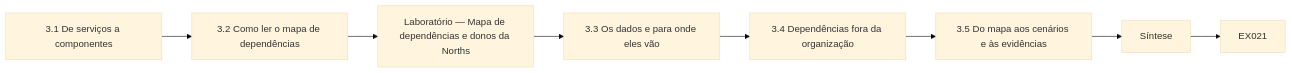
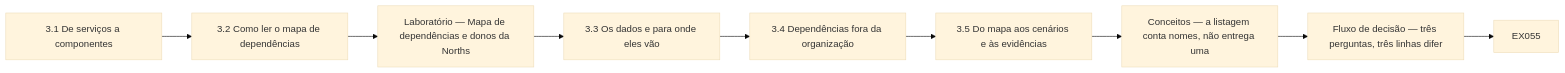
The eighth of 12 diagrams in levels/rapid-1-month/security-governance-risk-compliance/pt/book/MANUSCRIPT.md (hiagokinlevi/CyKin), drawn with Mermaid (base theme) before and after one commit. The commit also changed other lines of this file and 1 other file, not shown here.

````diff
--- a/levels/rapid-1-month/security-governance-risk-compliance/pt/book/MANUSCRIPT.md
+++ b/levels/rapid-1-month/security-governance-risk-compliance/pt/book/MANUSCRIPT.md
@@ -375,11 +476,12 @@
 ```mermaid
 flowchart LR
   N0["3.1 De serviços a componentes"]
   N1["3.2 Como ler o mapa de dependências"]
   N2["Laboratório — Mapa de dependências e donos da Norths"]
   N3["3.3 Os dados e para onde eles vão"]
   N4["3.4 Dependências fora da organização"]
   N5["3.5 Do mapa aos cenários e às evidências"]
-  N6["Síntese"]
-  N0 --> N1 --> N2 --> N3 --> N4 --> N5 --> N6 --> Q["EX021"]
+  N6["Conceitos — a listagem conta nomes, não entrega uma"]
+  N7["Fluxo de decisão — três perguntas, três linhas difer"]
+  N0 --> N1 --> N2 --> N3 --> N4 --> N5 --> N6 --> N7 --> Q["EX055"]
 ```
````
